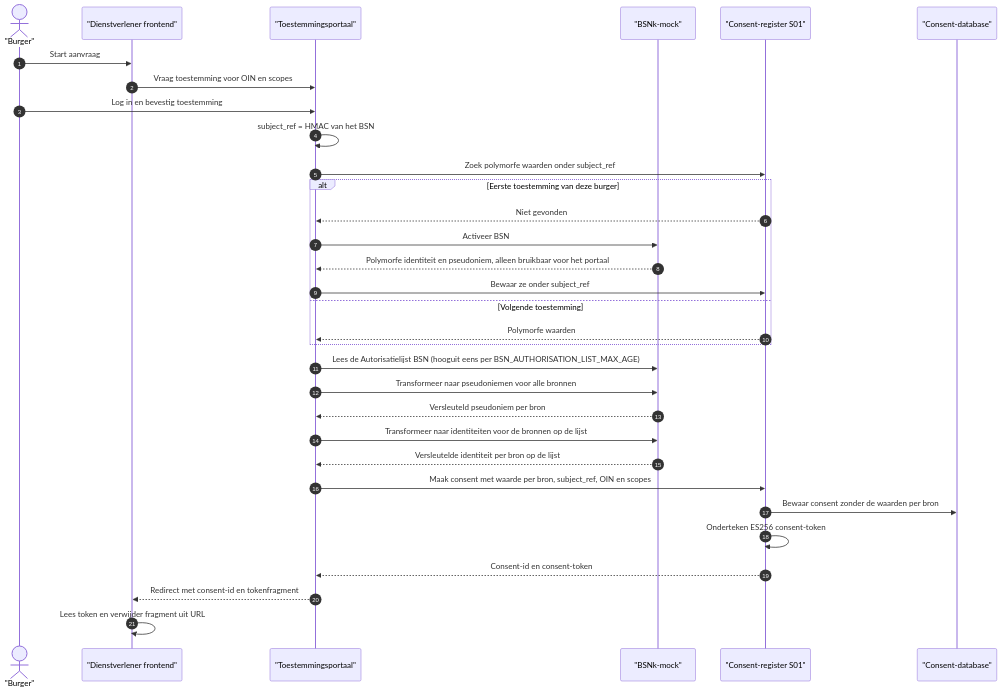
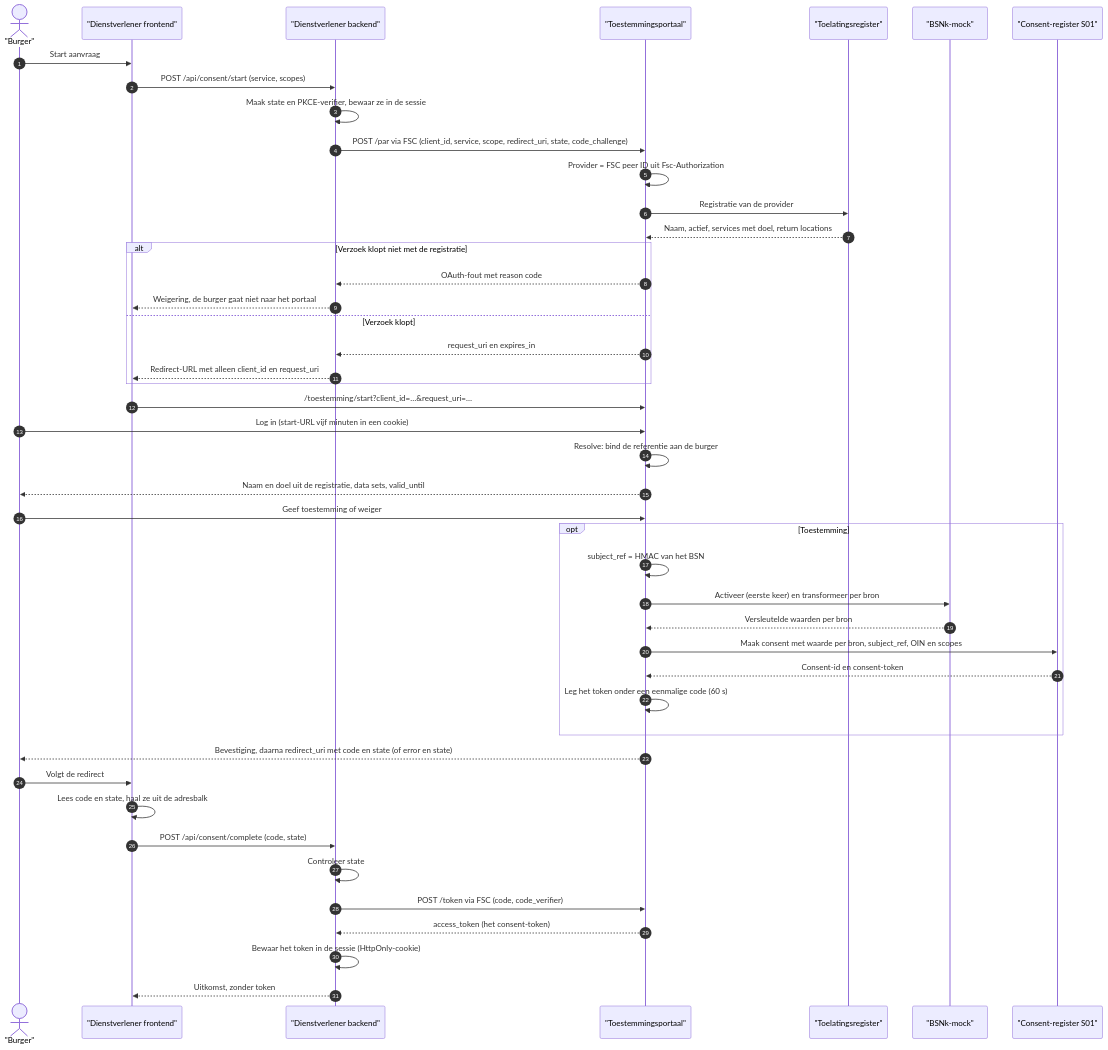
One commit to ICTU/GBO-demo changed the second of 4 diagrams in docs/consent-flow.md. Above: the diagram before and after it, drawn with Mermaid. The commit also changed other lines of this file and 40 other files, not shown here.

First line of the commit message:
feat: switch the demo providers to pushed requests and remove the URL-based consent flow (#693)

````diff
--- a/docs/consent-flow.md
+++ b/docs/consent-flow.md
@@ -73,38 +84,51 @@
 ```mermaid
 sequenceDiagram
     autonumber
     actor Citizen as "Burger"
     participant UI as "Dienstverlener frontend"
+    participant BE as "Dienstverlener backend"
     participant Portal as "Toestemmingsportaal"
+    participant TLR as "Toelatingsregister"
     participant BSNk as "BSNk-mock"
     participant Register as "Consent-register S01"
-    participant DB as "Consent-database"
 
     Citizen->>UI: Start aanvraag
-    UI->>Portal: Vraag toestemming voor OIN en scopes
-    Citizen->>Portal: Log in en bevestig toestemming
+    UI->>BE: POST /api/consent/start (service, scopes)
+    BE->>BE: Maak state en PKCE-verifier, bewaar ze in de sessie
+    BE->>Portal: POST /par via FSC (client_id, service, scope, redirect_uri, state, code_challenge)
+    Portal->>Portal: Provider = FSC peer ID uit Fsc-Authorization
+    Portal->>TLR: Registratie van de provider
+    TLR-->>Portal: Naam, actief, services met doel, return locations
+    alt Verzoek klopt niet met de registratie
+        Portal-->>BE: OAuth-fout met reason code
+        BE-->>UI: Weigering, de burger gaat niet naar het portaal
+    else Verzoek klopt
+        Portal-->>BE: request_uri en expires_in
+        BE-->>UI: Redirect-URL met alleen client_id en request_uri
+    end
 
-    Portal->>Portal: subject_ref = HMAC van het BSN
-    Portal->>Register: Zoek polymorfe waarden onder subject_ref
-    alt Eerste toestemming van deze burger
-        Register-->>Portal: Niet gevonden
-        Portal->>BSNk: Activeer BSN
-        BSNk-->>Portal: Polymorfe identiteit en pseudoniem, alleen bruikbaar voor het portaal
-        Portal->>Register: Bewaar ze onder subject_ref
-    else Volgende toestemming
-        Register-->>Portal: Polymorfe waarden
+    UI->>Portal: /toestemming/start?client_id=…&request_uri=…
+    Citizen->>Portal: Log in (start-URL vijf minuten in een cookie)
+    Portal->>Portal: Resolve: bind de referentie aan de burger
+    Portal-->>Citizen: Naam en doel uit de registratie, data sets, valid_until
+    Citizen->>Portal: Geef toestemming of weiger
+
+    opt Toestemming
+        Portal->>Portal: subject_ref = HMAC van het BSN
+        Portal->>BSNk: Activeer (eerste keer) en transformeer per bron
+        BSNk-->>Portal: Versleutelde waarden per bron
+        Portal->>Register: Maak consent met waarde per bron, subject_ref, OIN en scopes
+        Register-->>Portal: Consent-id en consent-token
+        Portal->>Portal: Leg het token onder een eenmalige code (60 s)
     end
-    Portal->>BSNk: Lees de Autorisatielijst BSN (hooguit eens per BSN_AUTHORISATION_LIST_MAX_AGE)
-    Portal->>BSNk: Transformeer naar pseudoniemen voor alle bronnen
-    BSNk-->>Portal: Versleuteld pseudoniem per bron
-    Portal->>BSNk: Transformeer naar identiteiten voor de bronnen op de lijst
-    BSNk-->>Portal: Versleutelde identiteit per bron op de lijst
+    Portal-->>Citizen: Bevestiging, daarna redirect_uri met code en state (of error en state)
 
-    Portal->>Register: Maak consent met waarde per bron, subject_ref, OIN en scopes
-    Register->>DB: Bewaar consent zonder de waarden per bron
-    Register->>Register: Onderteken ES256 consent-token
-    Register-->>Portal: Consent-id en consent-token
-
-    Portal-->>UI: Redirect met consent-id en tokenfragment
-    UI->>UI: Lees token en verwijder fragment uit URL
+    Citizen->>UI: Volgt de redirect
+    UI->>UI: Lees code en state, haal ze uit de adresbalk
+    UI->>BE: POST /api/consent/complete (code, state)
+    BE->>BE: Controleer state
+    BE->>Portal: POST /token via FSC (code, code_verifier)
+    Portal-->>BE: access_token (het consent-token)
+    BE->>BE: Bewaar het token in de sessie (HttpOnly-cookie)
+    BE-->>UI: Uitkomst, zonder token
 ```
````
